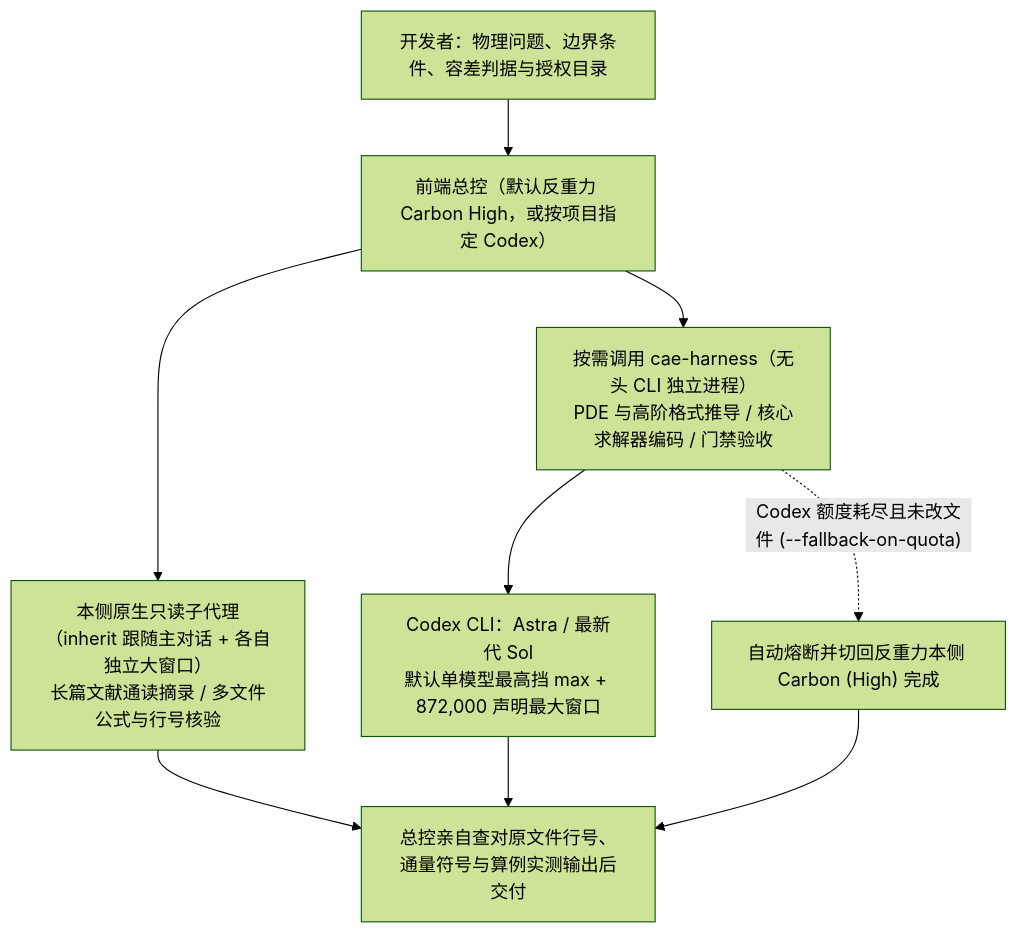
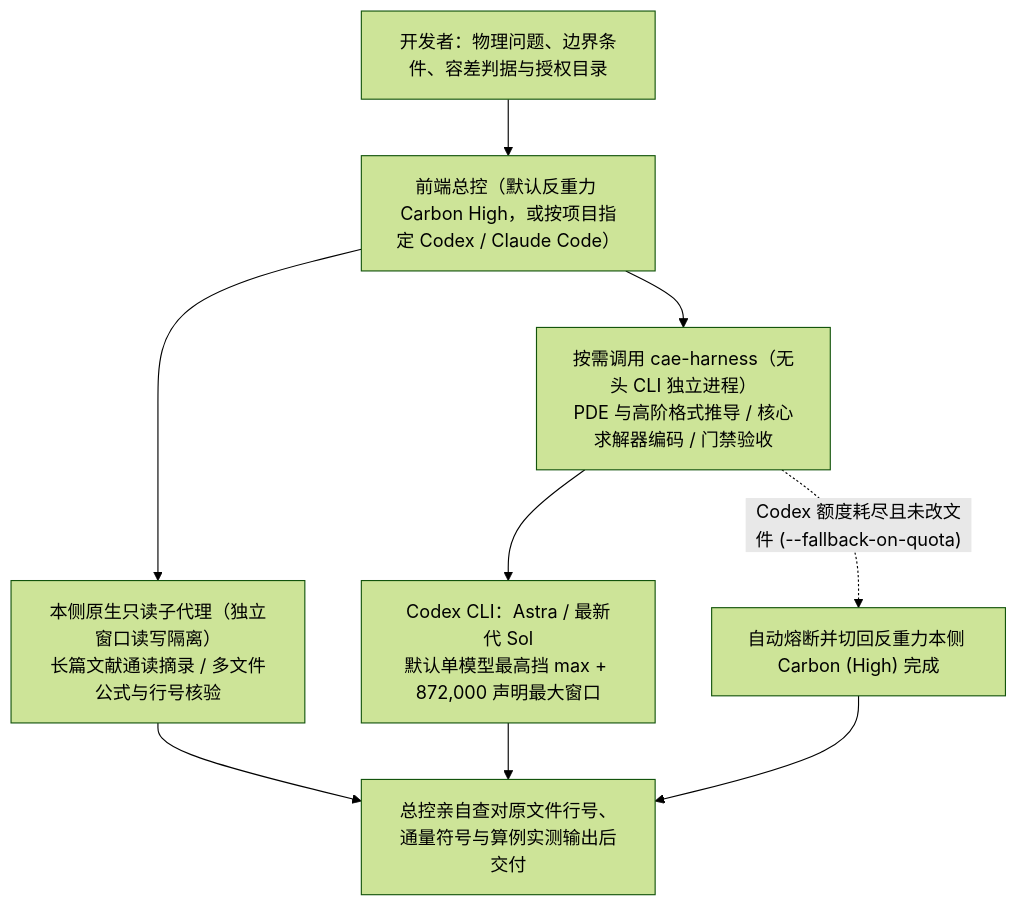
The diagram in README.md (Xinyu-Li-1997/Antigravity_Codex_configuration), drawn with Mermaid (forest theme) before and after one commit. The commit also changed other lines of this file and 26 other files, not shown here.

````diff
--- a/README.md
+++ b/README.md
@@ -62,11 +66,11 @@
 ```mermaid
 flowchart TB
-    U["开发者：物理问题、边界条件、容差判据与授权目录"] --> M["前端总控（默认反重力 Carbon High，或按项目指定 Codex）"]
-    M --> N["本侧原生只读子代理（inherit 跟随主对话 + 各自独立大窗口）<br/>长篇文献通读摘录 / 多文件公式与行号核验"]
+    U["开发者：物理问题、边界条件、容差判据与授权目录"] --> M["前端总控（默认反重力 Carbon High，或按项目指定 Codex / Claude Code）"]
+    M --> N["本侧原生只读子代理（独立窗口读写隔离）<br/>长篇文献通读摘录 / 多文件公式与行号核验"]
     M --> H["按需调用 cae-harness（无头 CLI 独立进程）<br/>PDE 与高阶格式推导 / 核心求解器编码 / 门禁验收"]
     H --> C["Codex CLI：Astra / 最新代 Sol<br/>默认单模型最高挡 max + 872,000 声明最大窗口"]
     H -. "Codex 额度耗尽且未改文件 (--fallback-on-quota)" .-> A["自动熔断并切回反重力本侧 Carbon (High) 完成"]
     N --> R["总控亲自查对原文件行号、通量符号与算例实测输出后交付"]
     C --> R
     A --> R
 ```
````
